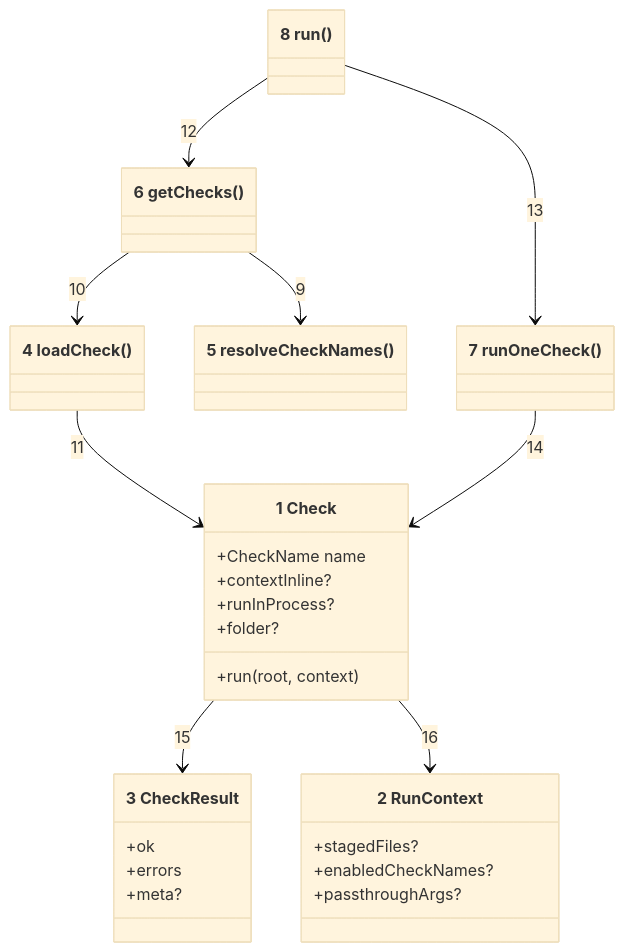
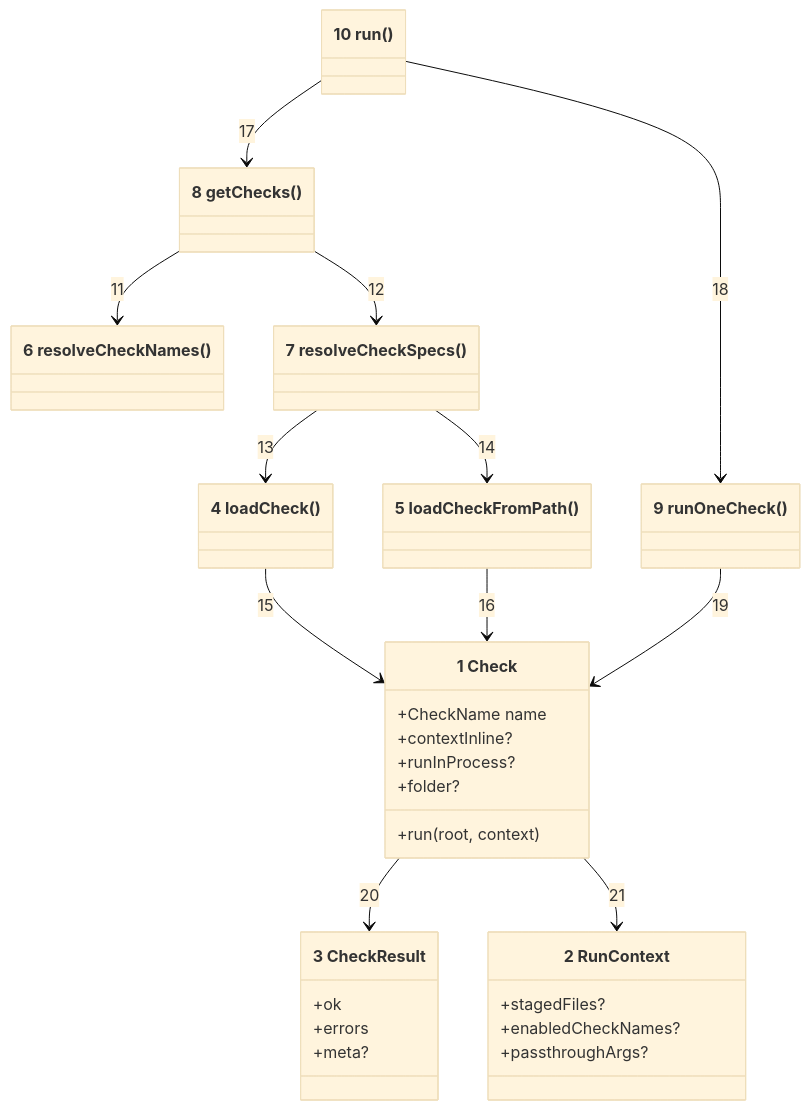
One commit to may-journal/fitness-runner changed the first of 2 diagrams in architecture/04-code.md. Above: the diagram before and after it, drawn with Mermaid (base theme). The commit also changed other lines of this file and 21 other files, not shown here.

First line of the commit message:
docs(architecture): document local check paths in .fitnessrc (issue #23)

````diff
--- a/architecture/04-code.md
+++ b/architecture/04-code.md
@@ -7,34 +7,39 @@
 ```mermaid
 classDiagram
     class Check["1 Check"] {
         +CheckName name
         +run(root, context)
         +contextInline?
         +runInProcess?
         +folder?
     }
     class RunContext["2 RunContext"] {
         +stagedFiles?
         +enabledCheckNames?
         +passthroughArgs?
     }
     class CheckResult["3 CheckResult"] {
         +ok
         +errors
         +meta?
     }
     class loadCheck["4 loadCheck()"]
-    class resolveCheckNames["5 resolveCheckNames()"]
-    class getChecks["6 getChecks()"]
-    class runOneCheck["7 runOneCheck()"]
-    class run["8 run()"]
+    class loadCheckFromPath["5 loadCheckFromPath()"]
+    class resolveCheckNames["6 resolveCheckNames()"]
+    class resolveCheckSpecs["7 resolveCheckSpecs()"]
+    class getChecks["8 getChecks()"]
+    class runOneCheck["9 runOneCheck()"]
+    class run["10 run()"]
 
-    getChecks --> resolveCheckNames : 9
-    getChecks --> loadCheck : 10
-    loadCheck --> Check : 11
-    run --> getChecks : 12
-    run --> runOneCheck : 13
-    runOneCheck --> Check : 14
-    Check --> CheckResult : 15
-    Check --> RunContext : 16
+    getChecks --> resolveCheckNames : 11
+    getChecks --> resolveCheckSpecs : 12
+    resolveCheckSpecs --> loadCheck : 13
+    resolveCheckSpecs --> loadCheckFromPath : 14
+    loadCheck --> Check : 15
+    loadCheckFromPath --> Check : 16
+    run --> getChecks : 17
+    run --> runOneCheck : 18
+    runOneCheck --> Check : 19
+    Check --> CheckResult : 20
+    Check --> RunContext : 21
 ```
````
